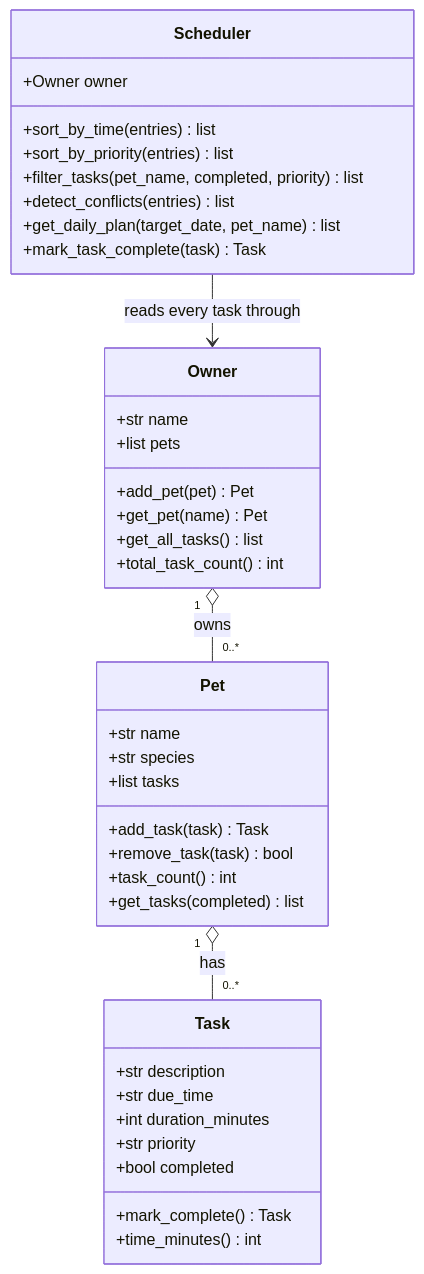
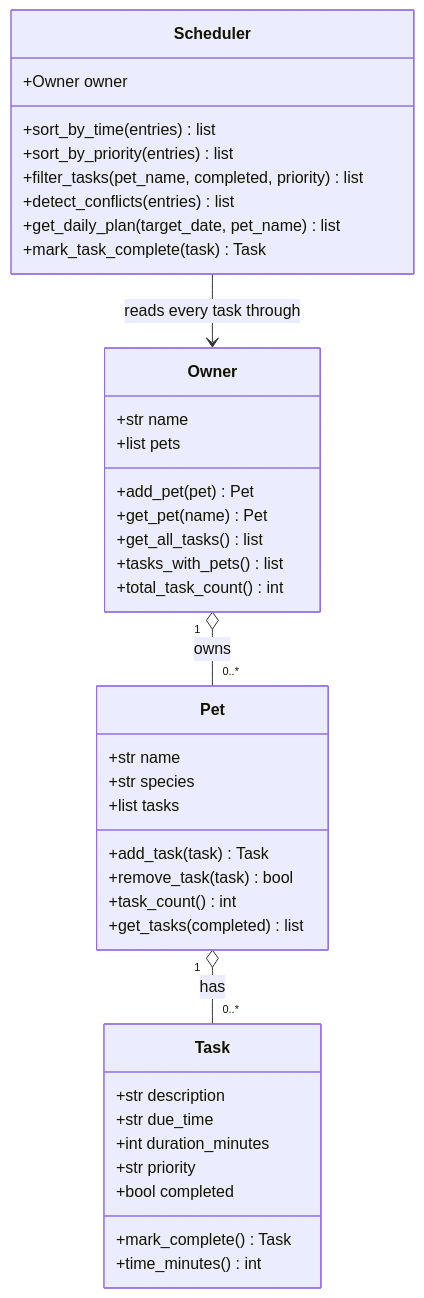
The diagram in diagrams/uml.mmd (WendyZhang2024/ai110-module2show-pawpal-starter), drawn with Mermaid before and after one commit. The commit also changed 6 other files, not shown here.

```diff
--- a/diagrams/uml.mmd
+++ b/diagrams/uml.mmd
@@ -1,49 +1,50 @@
 classDiagram
     %% PawPal+ system design (Phase 1 complete).
     %% Owner 1 --- * Pet 1 --- * Task.
     %% The Scheduler reads *every* pet's tasks through the Owner, so a plan is
     %% built for the whole household instead of for one pet at a time.
     %% Step 5 will add Task.frequency + Task.due_date for recurring tasks.
 
     class Task {
         +str description
         +str due_time
         +int duration_minutes
         +str priority
         +bool completed
         +mark_complete() Task
         +time_minutes() int
     }
 
     class Pet {
         +str name
         +str species
         +list tasks
         +add_task(task) Task
         +remove_task(task) bool
         +task_count() int
         +get_tasks(completed) list
     }
 
     class Owner {
         +str name
         +list pets
         +add_pet(pet) Pet
         +get_pet(name) Pet
         +get_all_tasks() list
+        +tasks_with_pets() list
         +total_task_count() int
     }
 
     class Scheduler {
         +Owner owner
         +sort_by_time(entries) list
         +sort_by_priority(entries) list
         +filter_tasks(pet_name, completed, priority) list
         +detect_conflicts(entries) list
         +get_daily_plan(target_date, pet_name) list
         +mark_task_complete(task) Task
     }
 
     Owner "1" o-- "0..*" Pet : owns
     Pet "1" o-- "0..*" Task : has
     Scheduler --> Owner : reads every task through
```
